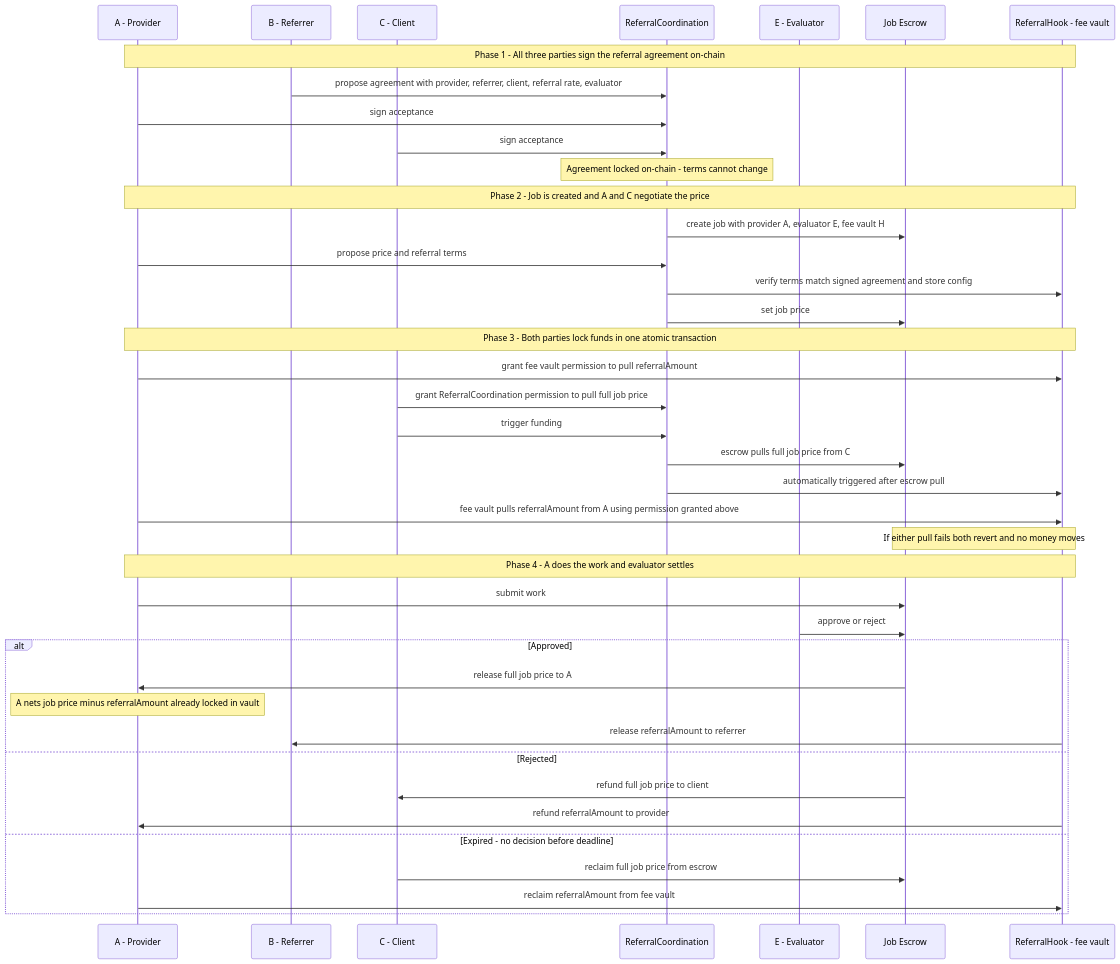
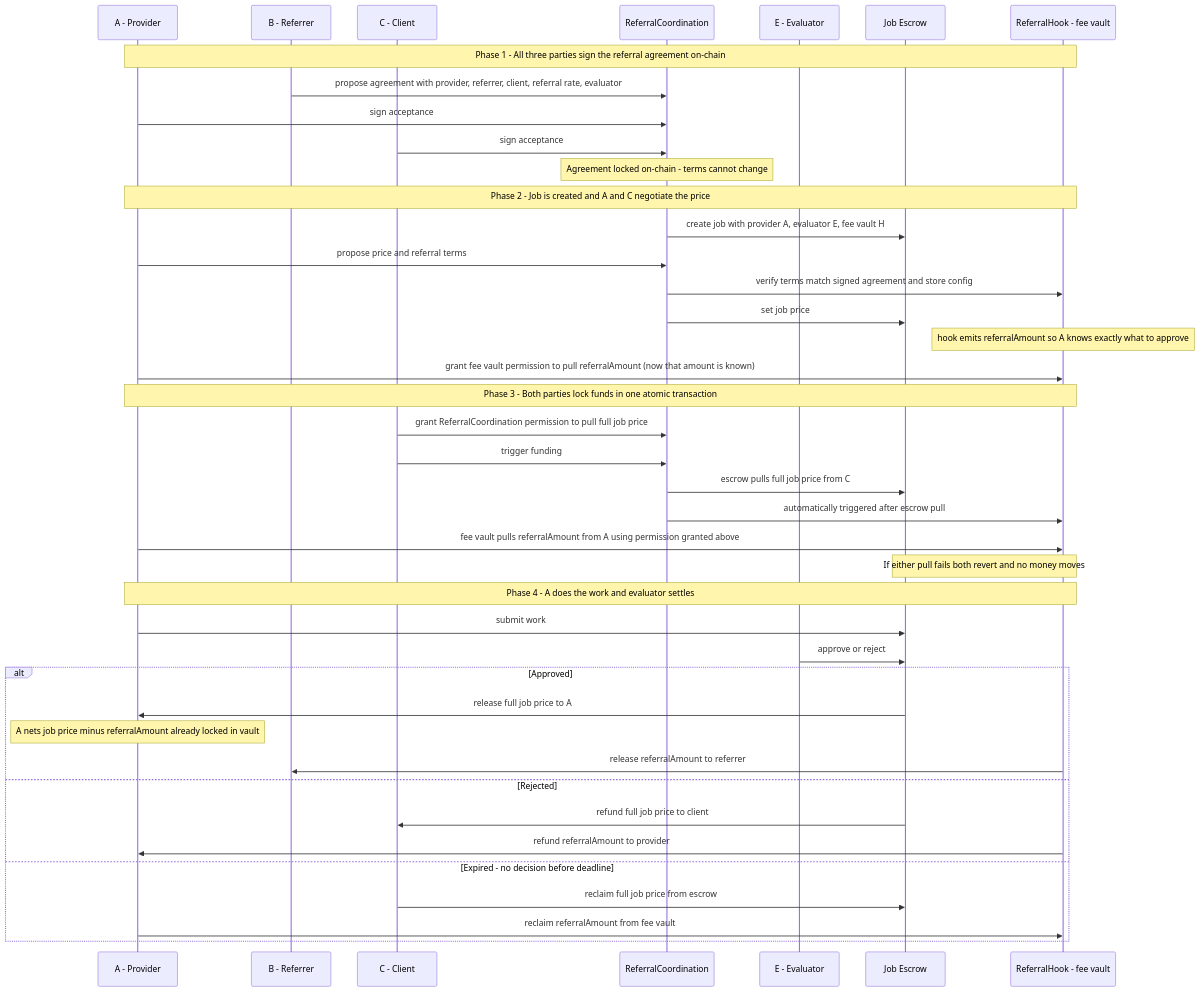
Before and after one commit to luca-nik/a2a-referral-erc: the diagram in README.md, drawn with Mermaid.

Commit message:
Move A approval to Phase 2: happens after setBudget when referralAmount is known

````diff
--- a/README.md
+++ b/README.md
@@ -57,51 +57,52 @@
 ```mermaid
 sequenceDiagram
     participant A as A - Provider
     participant B as B - Referrer
     participant C as C - Client
     participant RC as ReferralCoordination
     participant E as E - Evaluator
     participant ESC as Job Escrow
     participant H as ReferralHook - fee vault
 
     note over A,H: Phase 1 - All three parties sign the referral agreement on-chain
 
     B->>RC: propose agreement with provider, referrer, client, referral rate, evaluator
     A->>RC: sign acceptance
     C->>RC: sign acceptance
     note over RC: Agreement locked on-chain - terms cannot change
 
     note over A,H: Phase 2 - Job is created and A and C negotiate the price
 
     RC->>ESC: create job with provider A, evaluator E, fee vault H
     A->>RC: propose price and referral terms
     RC->>H: verify terms match signed agreement and store config
     RC->>ESC: set job price
+    note over H: hook emits referralAmount so A knows exactly what to approve
+    A->>H: grant fee vault permission to pull referralAmount (now that amount is known)
 
     note over A,H: Phase 3 - Both parties lock funds in one atomic transaction
 
-    A->>H: grant fee vault permission to pull referralAmount
     C->>RC: grant ReferralCoordination permission to pull full job price
     C->>RC: trigger funding
     RC->>ESC: escrow pulls full job price from C
     RC->>H: automatically triggered after escrow pull
     A->>H: fee vault pulls referralAmount from A using permission granted above
     note over ESC,H: If either pull fails both revert and no money moves
 
     note over A,H: Phase 4 - A does the work and evaluator settles
 
     A->>ESC: submit work
     E->>ESC: approve or reject
 
     alt Approved
         ESC->>A: release full job price to A
         note over A: A nets job price minus referralAmount already locked in vault
         H->>B: release referralAmount to referrer
     else Rejected
         ESC->>C: refund full job price to client
         H->>A: refund referralAmount to provider
     else Expired - no decision before deadline
         C->>ESC: reclaim full job price from escrow
         A->>H: reclaim referralAmount from fee vault
     end
 ```
````
